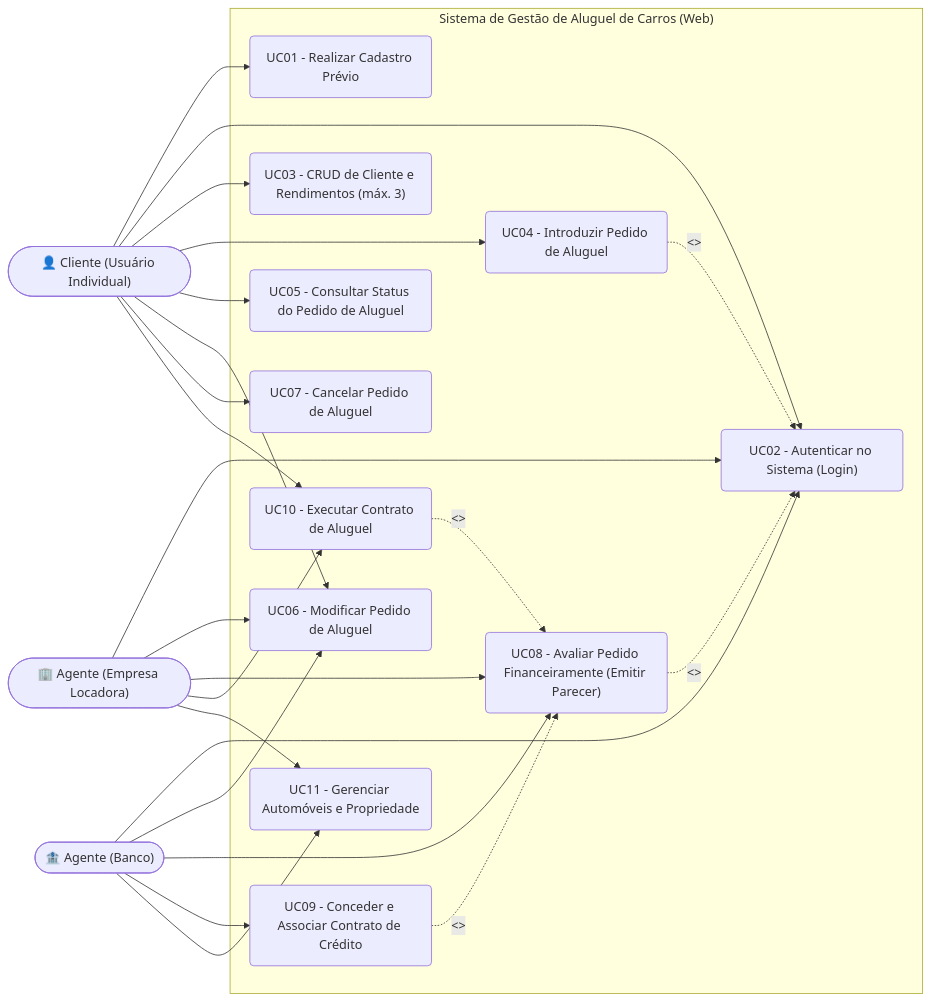
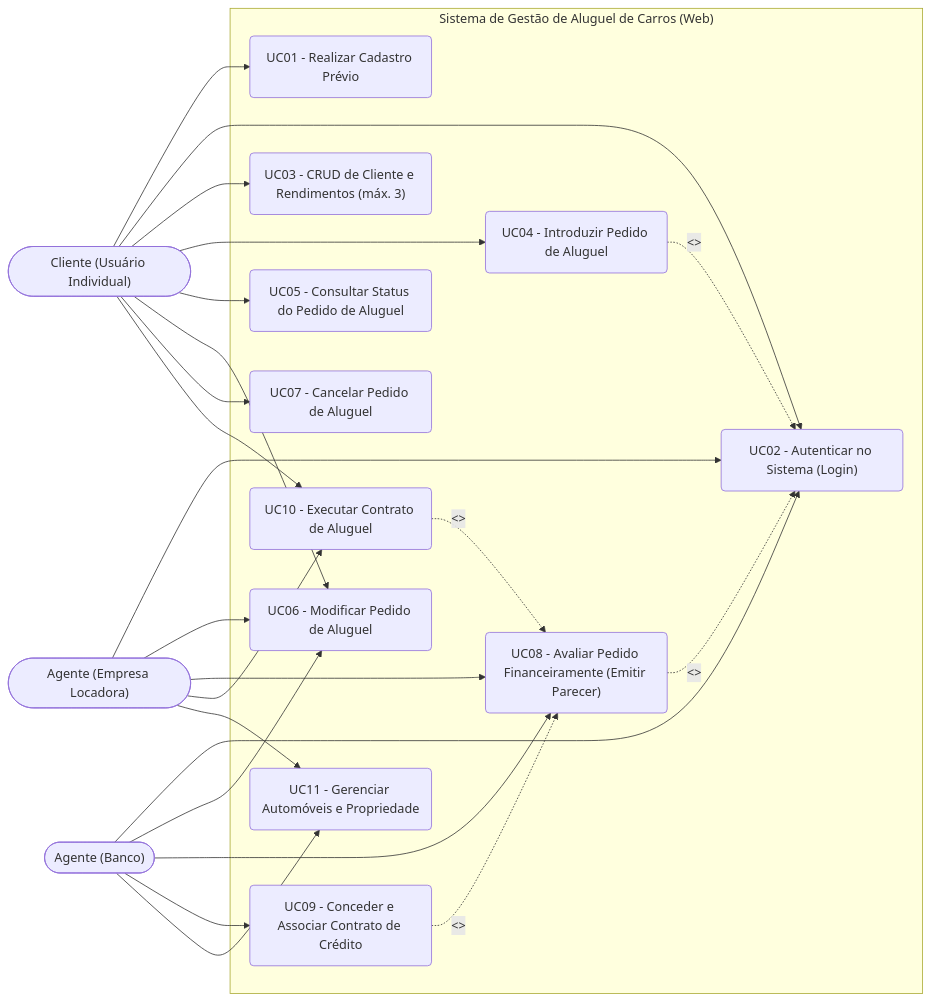
The first of 4 diagrams in README.md (rafaelgantunes/Crud-Aluguel-de-Carros), drawn with Mermaid before and after one commit. The commit also changed other lines of this file and 5 other files, not shown here.

````diff
--- a/README.md
+++ b/README.md
@@ -86,46 +84,46 @@
 ```mermaid
 flowchart LR
-    Cliente(["👤 Cliente (Usuário Individual)"])
-    AgenteEmpresa(["🏢 Agente (Empresa Locadora)"])
-    AgenteBanco(["🏦 Agente (Banco)"])
+    Cliente(["Cliente (Usuário Individual)"])
+    AgenteEmpresa(["Agente (Empresa Locadora)"])
+    AgenteBanco(["Agente (Banco)"])
 
     subgraph Sistema["Sistema de Gestão de Aluguel de Carros (Web)"]
         UC01("UC01 - Realizar Cadastro Prévio")
         UC02("UC02 - Autenticar no Sistema (Login)")
         UC03("UC03 - CRUD de Cliente e Rendimentos (máx. 3)")
         UC04("UC04 - Introduzir Pedido de Aluguel")
         UC05("UC05 - Consultar Status do Pedido de Aluguel")
         UC06("UC06 - Modificar Pedido de Aluguel")
         UC07("UC07 - Cancelar Pedido de Aluguel")
         UC08("UC08 - Avaliar Pedido Financeiramente (Emitir Parecer)")
         UC09("UC09 - Conceder e Associar Contrato de Crédito")
         UC10("UC10 - Executar Contrato de Aluguel")
         UC11("UC11 - Gerenciar Automóveis e Propriedade")
     end
 
     Cliente --> UC01
     Cliente --> UC02
     Cliente --> UC03
     Cliente --> UC04
     Cliente --> UC05
     Cliente --> UC06
     Cliente --> UC07
     Cliente --> UC10
 
     AgenteEmpresa --> UC02
     AgenteEmpresa --> UC06
     AgenteEmpresa --> UC08
     AgenteEmpresa --> UC10
     AgenteEmpresa --> UC11
 
     AgenteBanco --> UC02
     AgenteBanco --> UC06
     AgenteBanco --> UC08
     AgenteBanco --> UC09
     AgenteBanco --> UC11
 
     UC04 -.->|"<<include>>"| UC02
     UC08 -.->|"<<include>>"| UC02
     UC09 -.->|"<<extend>>"| UC08
     UC10 -.->|"<<include>>"| UC08
 ```
````
